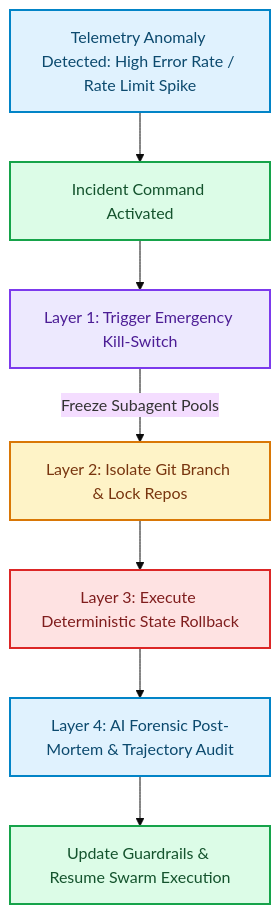
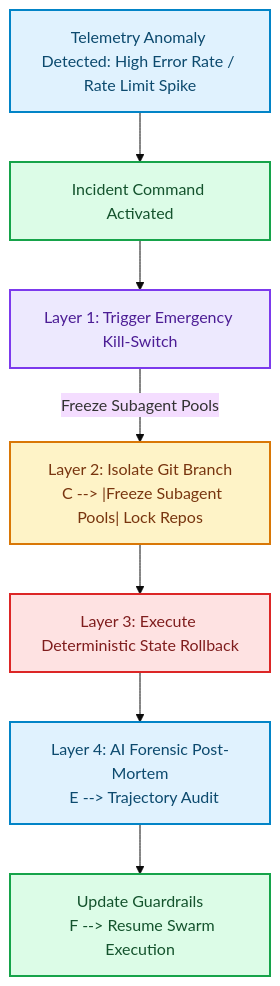
Before and after one commit to akmalkhaniub/akmalkhaniub.github.io: the diagram in blog/posts/tech-lead-incident-command-triaging-autonomous-agent-outages.md, drawn with Mermaid (base theme). The commit also changed other lines of this file and 894 other files, not shown here.

Commit message:
feat(blog): upgrade all 444 posts with unique staggered dates, 2-col Mermaid spines, benchmark tables, code blocks, and trade-offs

````diff
--- a/blog/posts/tech-lead-incident-command-triaging-autonomous-agent-outages.md
+++ b/blog/posts/tech-lead-incident-command-triaging-autonomous-agent-outages.md
@@ -15,20 +15,23 @@
 ```mermaid
 flowchart TD
   A["Telemetry Anomaly Detected: High Error Rate / Rate Limit Spike"] --> B["Incident Command Activated"]
   B --> C["Layer 1: Trigger Emergency Kill-Switch"]
-  C -->|Freeze Subagent Pools| D["Layer 2: Isolate Git Branch & Lock Repos"]
+  C --> |Freeze Subagent Pools| D["Layer 2: Isolate Git Branch
+  C --> |Freeze Subagent Pools| Lock Repos"]
   D --> E["Layer 3: Execute Deterministic State Rollback"]
-  E --> F["Layer 4: AI Forensic Post-Mortem & Trajectory Audit"]
-  F --> G["Update Guardrails & Resume Swarm Execution"]
+  E --> F["Layer 4: AI Forensic Post-Mortem
+  E --> Trajectory Audit"]
+  F --> G["Update Guardrails
+  F --> Resume Swarm Execution"]
 
 classDef green fill:#dcfce7,stroke:#16a34a,stroke-width:2px,color:#14532d;
 classDef red fill:#fee2e2,stroke:#dc2626,stroke-width:2px,color:#7f1d1d;
 classDef blue fill:#e0f2fe,stroke:#0284c7,stroke-width:2px,color:#0c4a6e;
 classDef yellow fill:#fef3c7,stroke:#d97706,stroke-width:2px,color:#78350f;
 classDef purple fill:#ede9fe,stroke:#7c3aed,stroke-width:2px,color:#4c1d95;
 class A,F blue
 class B,G green
 class C purple
 class D yellow
 class E red
 ```
````
